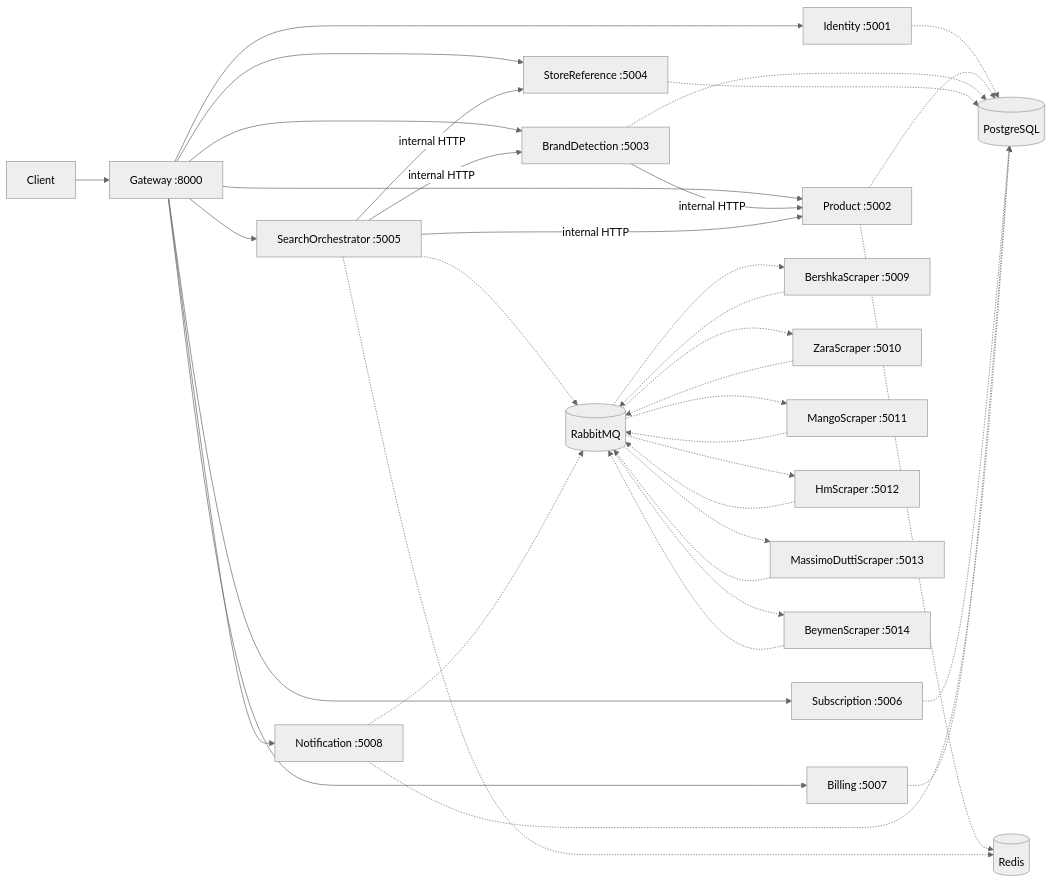
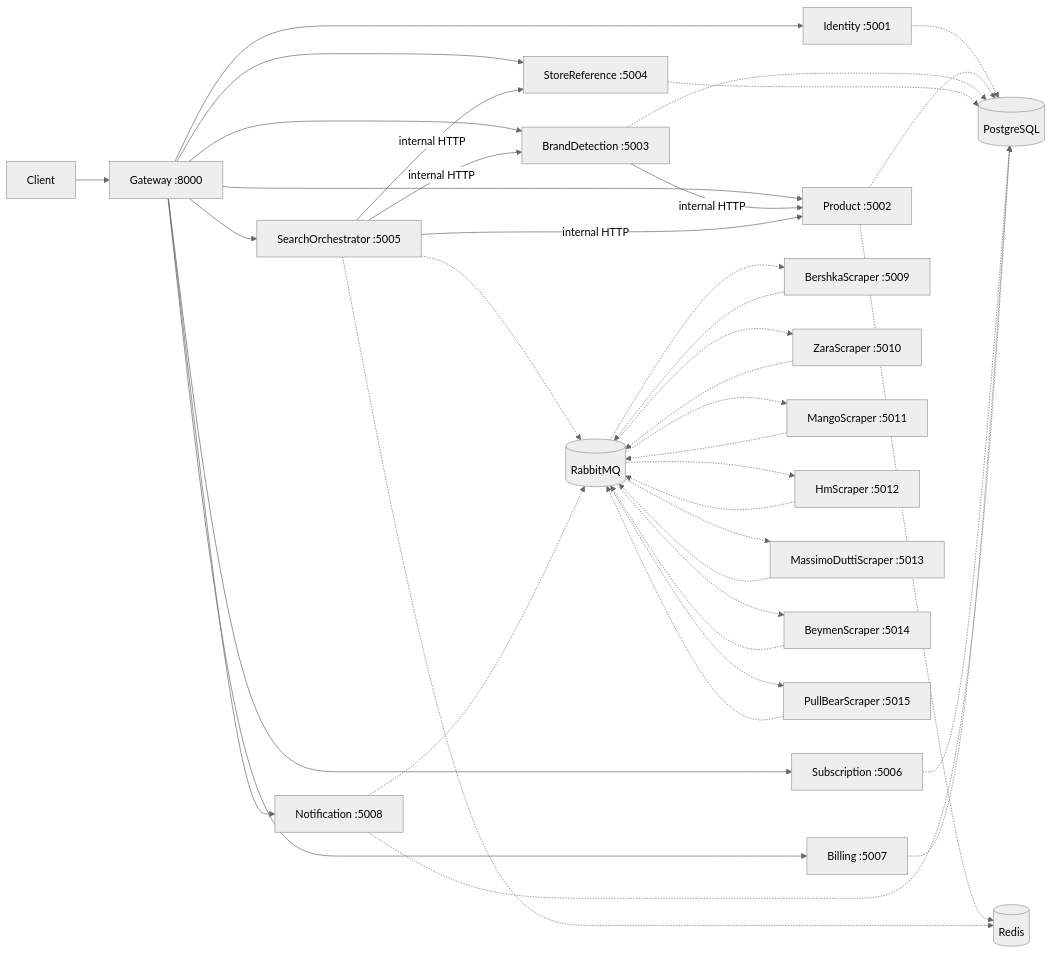
One commit to hnbirsen/StockTracker changed the diagram in README.md. Above: the diagram before and after it, drawn with Mermaid (neutral theme). The commit also changed other lines of this file and 25 other files, not shown here.

First line of the commit message:
Add Pull&Bear store data migration and implement stock checking functionality

````diff
--- a/README.md
+++ b/README.md
@@ -25,43 +25,45 @@
 ```mermaid
 flowchart LR
     Client[Client] --> Gateway[Gateway :8000]
 
     Gateway --> Identity[Identity :5001]
     Gateway --> Product[Product :5002]
     Gateway --> Brand[BrandDetection :5003]
     Gateway --> Store[StoreReference :5004]
     Gateway --> Search[SearchOrchestrator :5005]
     Gateway --> Subscription[Subscription :5006]
     Gateway --> Billing[Billing :5007]
     Gateway --> Notification[Notification :5008]
 
     Brand -->|internal HTTP| Product
     Search -->|internal HTTP| Product
     Search -->|internal HTTP| Brand
     Search -->|internal HTTP| Store
 
     Identity -.-> PG[(PostgreSQL)]
     Product -.-> PG
     Brand -.-> PG
     Store -.-> PG
     Subscription -.-> PG
     Billing -.-> PG
     Notification -.-> PG
 
     Product -.-> Redis[(Redis)]
     Search -.-> Redis
     Search -.-> MQ[(RabbitMQ)]
     Notification -.-> MQ
     MQ -.-> Scraper[BershkaScraper :5009]
     Scraper -.-> MQ
     MQ -.-> ZaraScraper[ZaraScraper :5010]
     ZaraScraper -.-> MQ
     MQ -.-> MangoScraper[MangoScraper :5011]
     MangoScraper -.-> MQ
     MQ -.-> HmScraper[HmScraper :5012]
     HmScraper -.-> MQ
     MQ -.-> MassimoDuttiScraper[MassimoDuttiScraper :5013]
     MassimoDuttiScraper -.-> MQ
     MQ -.-> BeymenScraper[BeymenScraper :5014]
     BeymenScraper -.-> MQ
+    MQ -.-> PullBearScraper[PullBearScraper :5015]
+    PullBearScraper -.-> MQ
 ```
````
